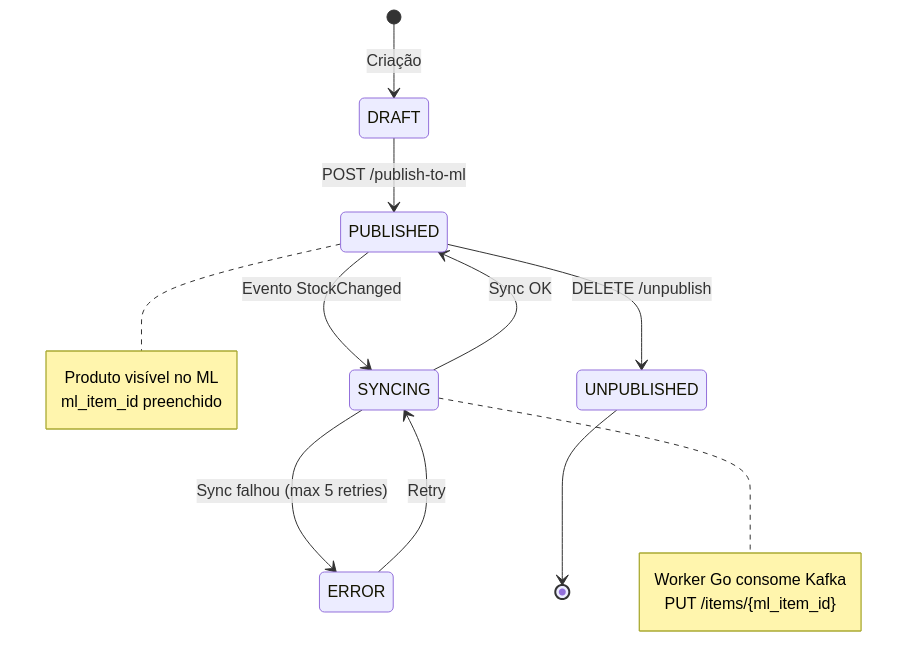
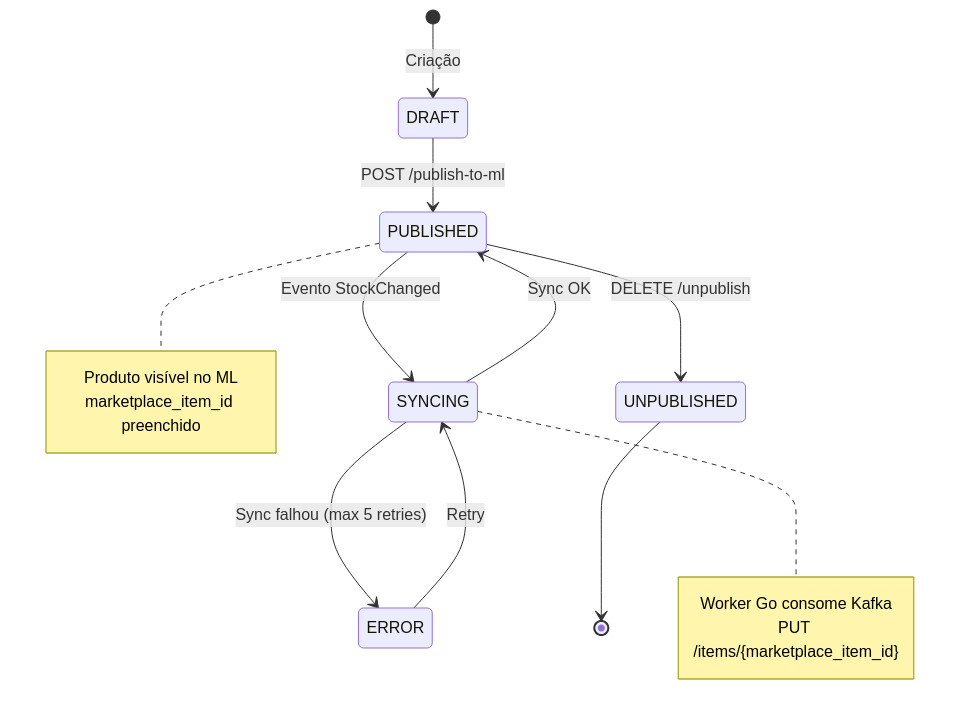
The eighth of 22 diagrams in README.md (jhowzin-dev/ERP), drawn with Mermaid before and after one commit. The commit also changed other lines of this file and 1 other file, not shown here.

````diff
--- a/README.md
+++ b/README.md
@@ -574,21 +655,21 @@
 ```mermaid
 stateDiagram-v2
     [*] --> DRAFT : Criação
     DRAFT --> PUBLISHED : POST /publish-to-ml
     PUBLISHED --> SYNCING : Evento StockChanged
     SYNCING --> PUBLISHED : Sync OK
     SYNCING --> ERROR : Sync falhou (max 5 retries)
     ERROR --> SYNCING : Retry
     PUBLISHED --> UNPUBLISHED : DELETE /unpublish
     UNPUBLISHED --> [*]
 
     note right of PUBLISHED
         Produto visível no ML
-        ml_item_id preenchido
+        marketplace_item_id preenchido
     end note
 
     note right of SYNCING
         Worker Go consome Kafka
-        PUT /items/{ml_item_id}
+        PUT /items/{marketplace_item_id}
     end note
 ```
````
